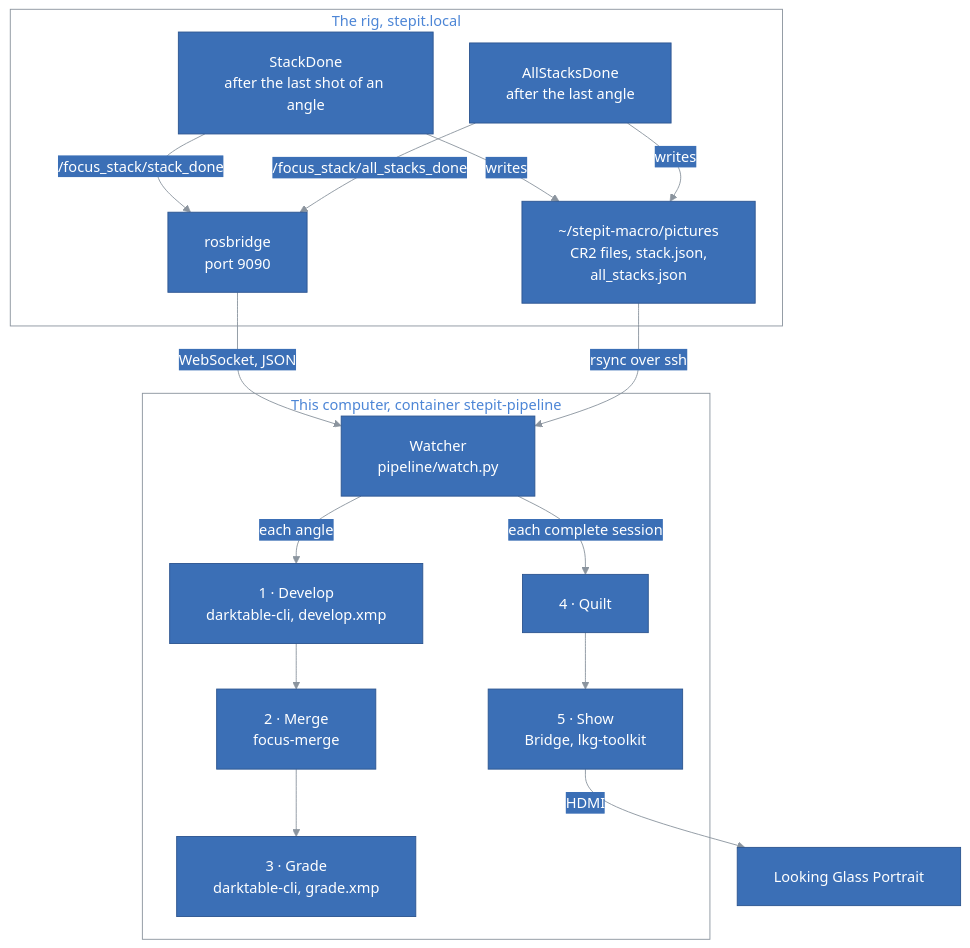
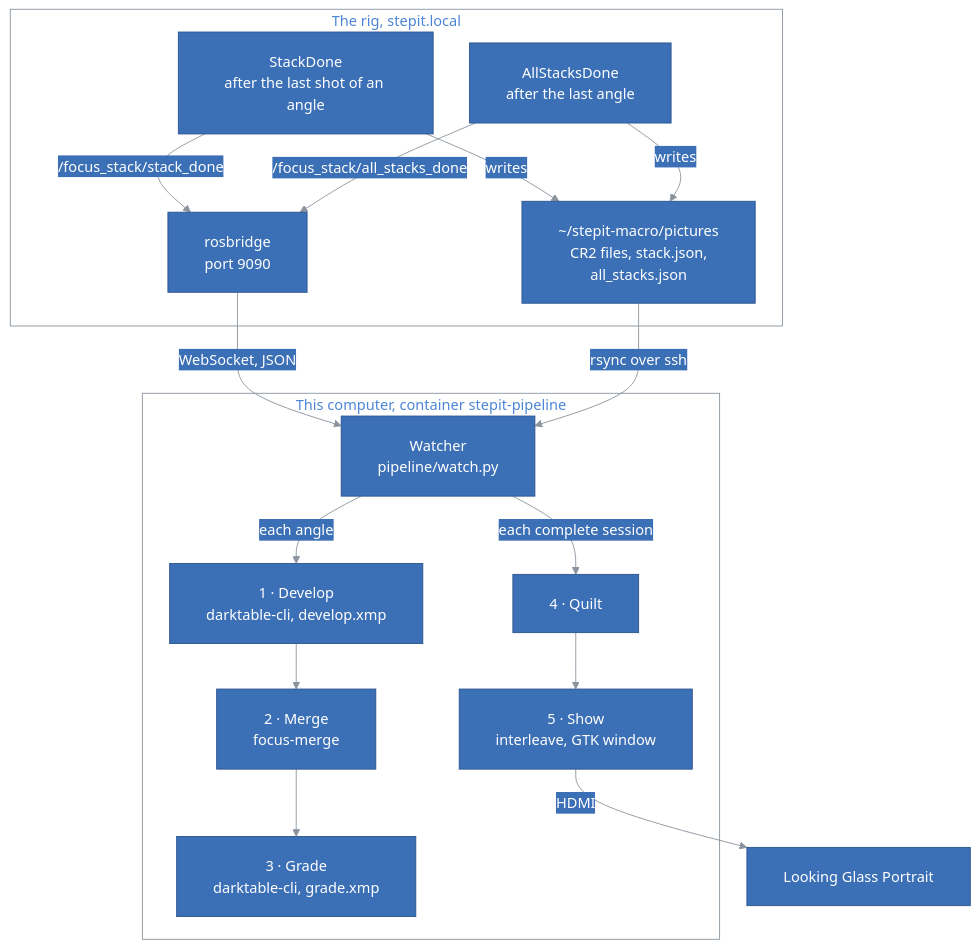
One commit to kineticsystem/stepit-stacker changed the first of 2 diagrams in docs/ARCHITECTURE.md. Above: the diagram before and after it, drawn with Mermaid. The commit also changed other lines of this file and 10 other files, not shown here.

```diff
--- a/docs/ARCHITECTURE.md
+++ b/docs/ARCHITECTURE.md
@@ -102,7 +102,7 @@
         Merge["2 · Merge<br/>focus-merge"]
         Grade["3 · Grade<br/>darktable-cli, grade.xmp"]
         Quilt["4 · Quilt"]
-        Show["5 · Show<br/>Bridge, lkg-toolkit"]
+        Show["5 · Show<br/>interleave, GTK window"]
         Watcher -- "each angle" --> Develop --> Merge --> Grade
         Watcher -- "each complete session" --> Quilt --> Show
     end
```
